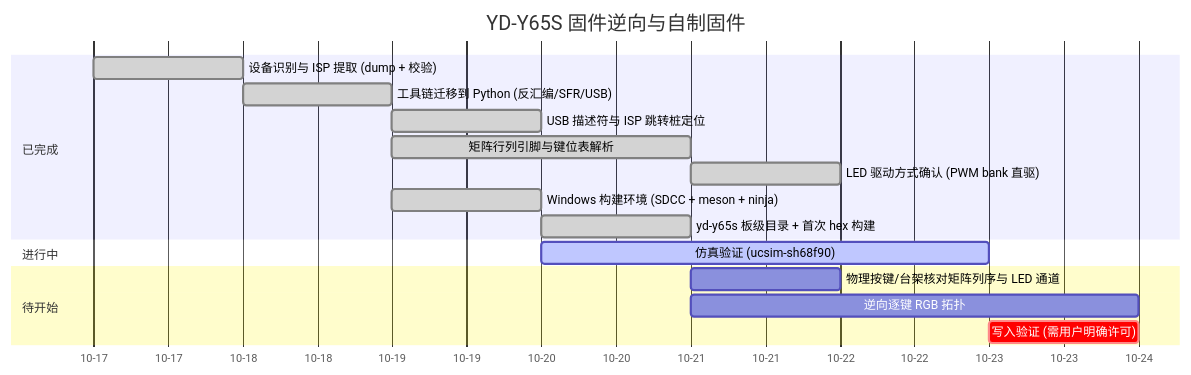
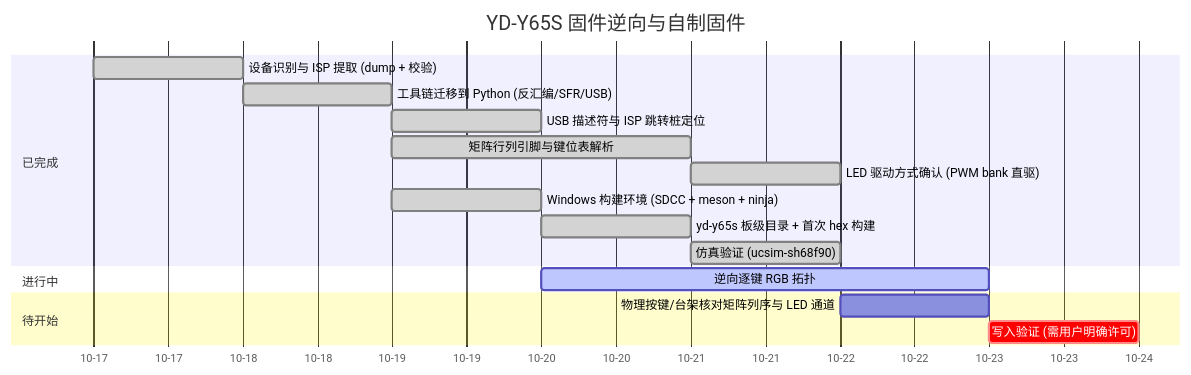
Before and after one commit to adam-ikari/y65s_cfw: the diagram in brain/roadmap.md, drawn with Mermaid. The commit also changed other lines of this file and 10 other files, not shown here.

````diff
--- a/brain/roadmap.md
+++ b/brain/roadmap.md
@@ -12,20 +12,20 @@
 ```mermaid
 gantt
   title YD-Y65S 固件逆向与自制固件
   dateFormat YYYY-MM-DD
   axisFormat %m-%d
   section 已完成
   设备识别与 ISP 提取 (dump + 校验)        :done, a1, 2026-10-17, 1d
   工具链迁移到 Python (反汇编/SFR/USB)     :done, a2, after a1, 1d
   USB 描述符与 ISP 跳转桩定位              :done, a3, after a2, 1d
   矩阵行列引脚与键位表解析                 :done, b1, 2026-10-19, 2d
   LED 驱动方式确认 (PWM bank 直驱)         :done, b2, after b1, 1d
   Windows 构建环境 (SDCC + meson + ninja)  :done, c1, 2026-10-19, 1d
   yd-y65s 板级目录 + 首次 hex 构建          :done, c2, after c1, 1d
+  仿真验证 (ucsim-sh68f90)                 :done, c3, after c2, 1d
   section 进行中
-  仿真验证 (ucsim-sh68f90)                 :active, c3, 2026-10-20, 3d
+  逆向逐键 RGB 拓扑                         :active, c6, 2026-10-20, 3d
   section 待开始
-  物理按键/台架核对矩阵列序与 LED 通道     :c5, after c2, 1d
-  逆向逐键 RGB 拓扑                         :c6, after c2, 3d
-  写入验证 (需用户明确许可)                :crit, c4, after c3, 1d
+  物理按键/台架核对矩阵列序与 LED 通道     :c5, after c3, 1d
+  写入验证 (需用户明确许可)                :crit, c4, after c5, 1d
 ```
````
